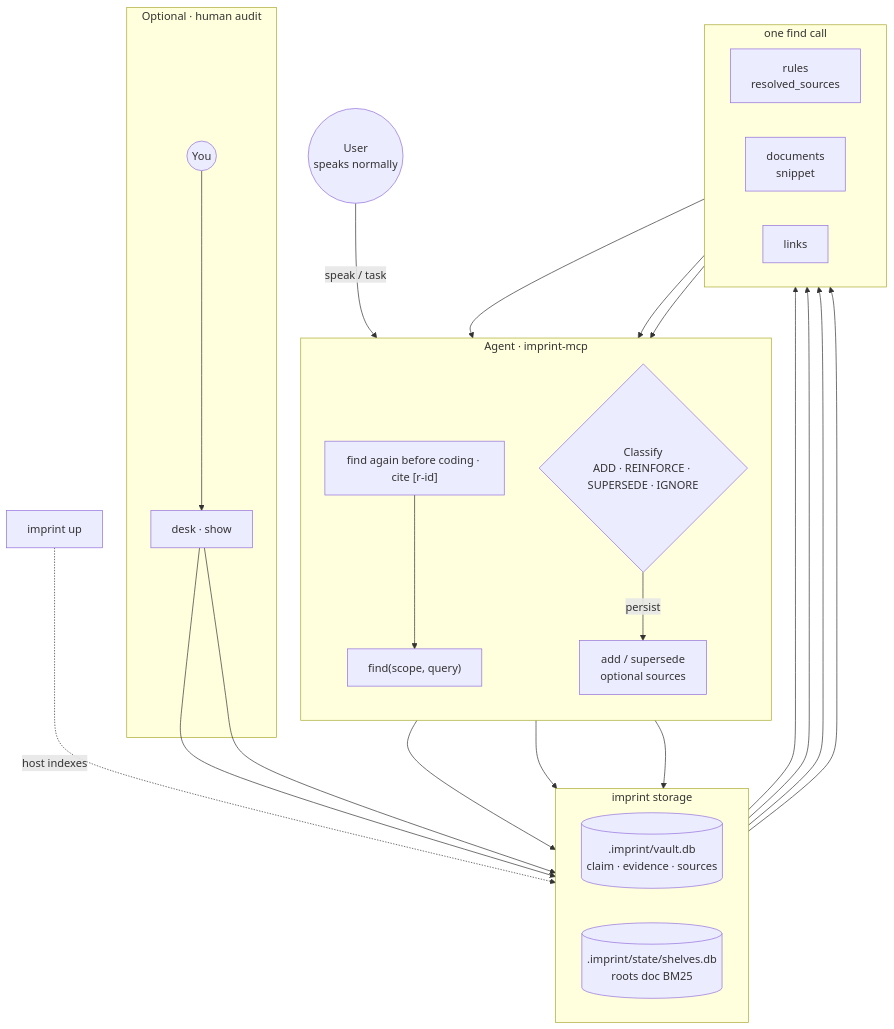
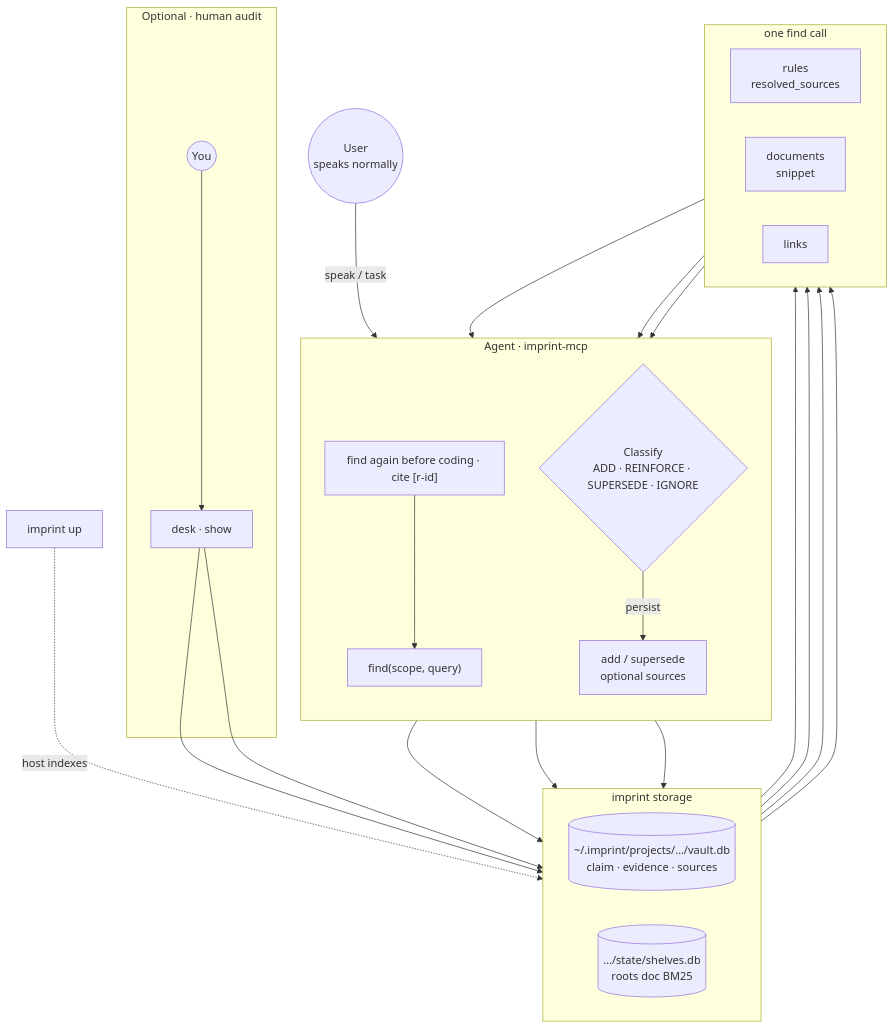
Before and after one commit to SteamedBread2333/imprint: the first of 2 diagrams in README.md, drawn with Mermaid. The commit also changed other lines of this file and 33 other files, not shown here.

````diff
--- a/README.md
+++ b/README.md
@@ -51,45 +51,45 @@
 ```mermaid
 flowchart TB
   U((User<br/>speaks normally))
 
   subgraph Agent["Agent · imprint-mcp"]
     direction TB
     F["find(scope, query)"]
     C{"Classify<br/>ADD · REINFORCE · SUPERSEDE · IGNORE"}
     W["add / supersede<br/>optional sources"]
     R["find again before coding · cite [r-id]"]
   end
 
   subgraph Store["imprint storage"]
     direction LR
-    Vault[(".imprint/vault.db<br/>claim · evidence · sources")]
-    Shelves[(".imprint/state/shelves.db<br/>roots doc BM25")]
+    Vault[("~/.imprint/projects/…/vault.db<br/>claim · evidence · sources")]
+    Shelves[("…/state/shelves.db<br/>roots doc BM25")]
   end
 
   subgraph FindOut["one find call"]
     direction LR
     FR["rules<br/>resolved_sources"]
     FD["documents<br/>snippet"]
     FL["links"]
   end
 
   subgraph Audit["Optional · human audit"]
     H((You)) --> Desk["desk · show"]
   end
 
   UP["imprint up"] -.->|host indexes| Shelves
 
   U -->|speak / task| Agent
   F --> Vault
   F --> Shelves
   Vault --> FR
   Shelves --> FD
   Vault --> FL
   Shelves --> FL
   FR & FD & FL --> C
   C -->|persist| W
   W --> Vault
   R --> F
   Desk --> Vault
   Desk --> Shelves
 ```
````
